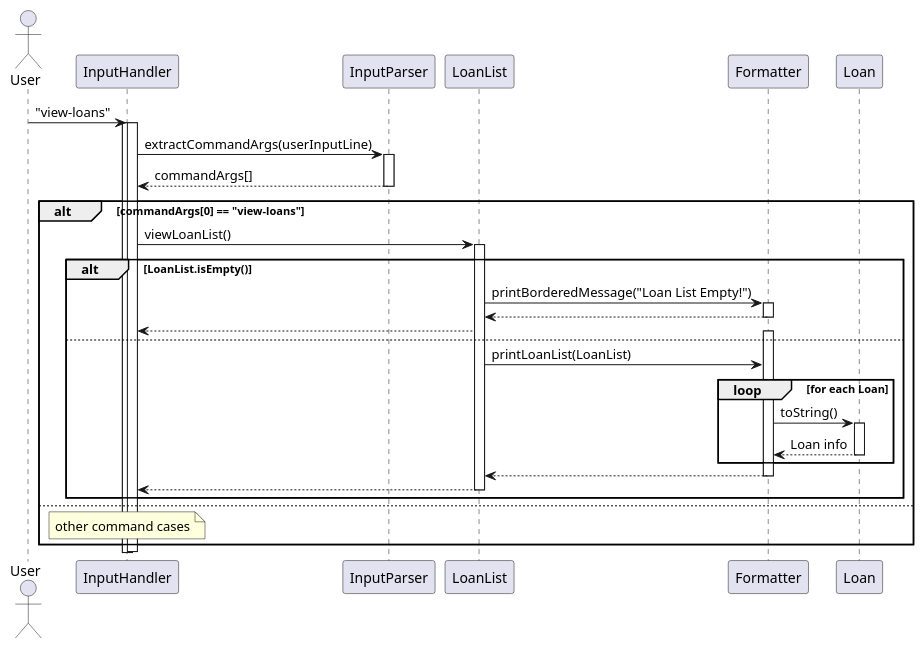
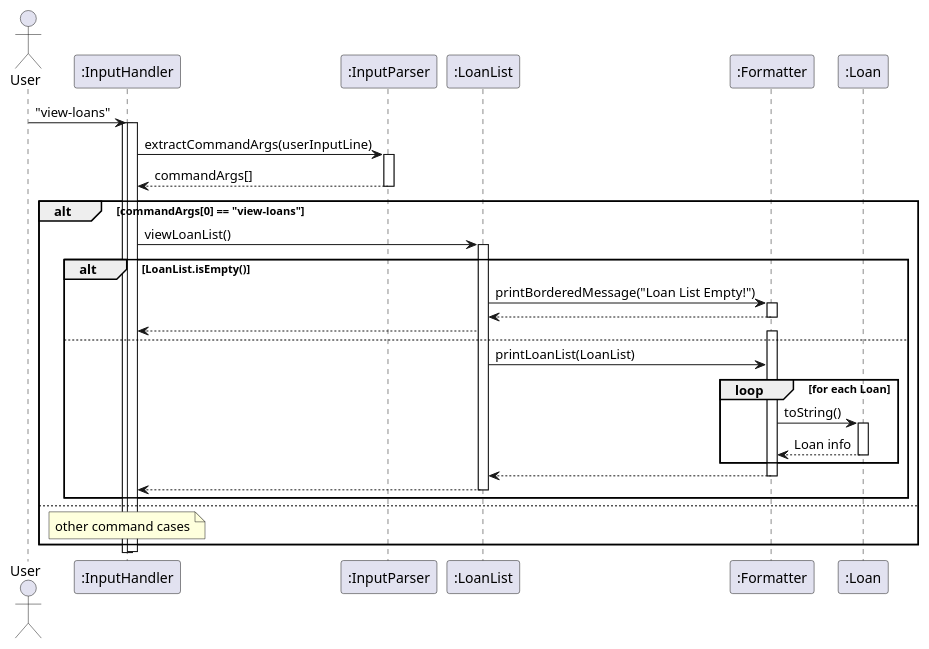
The diagram in docs/diagrams/viewLoans.puml (AY2425S2-CS2113-T12-2/tp), drawn with PlantUML before and after one commit. The commit also changed 19 other files, not shown here.

```diff
--- a/docs/diagrams/viewLoans.puml
+++ b/docs/diagrams/viewLoans.puml
@@ -1,47 +1,47 @@
 @startuml
 actor User
-participant InputHandler
-participant InputParser
-participant LoanList
-participant Formatter
-participant Loan
+participant InputHandler as ":InputHandler"
+participant InputParser as ":InputParser"
+participant LoanList as ":LoanList"
+participant Formatter as ":Formatter"
+participant Loan as ":Loan"
 
 
 User -> InputHandler: "view-loans"
 activate InputHandler
     activate InputHandler
     InputHandler -> InputParser: extractCommandArgs(userInputLine)
     activate InputParser
     InputParser --> InputHandler: commandArgs[]
     deactivate InputParser
     alt commandArgs[0] == "view-loans"
         InputHandler -> LoanList: viewLoanList()
         activate LoanList
         alt LoanList.isEmpty() 
             LoanList -> Formatter : printBorderedMessage("Loan List Empty!")
             activate Formatter
             Formatter --> LoanList
             deactivate Formatter
             LoanList --> InputHandler
         else
             activate Formatter
             LoanList -> Formatter: printLoanList(LoanList)
                 loop for each Loan
                     Formatter -> Loan: toString()
                     activate Loan
                     Loan --> Formatter: Loan info
                     deactivate Loan
                 end
             Formatter --> LoanList
             deactivate Formatter
         LoanList --> InputHandler
         deactivate LoanList
         end
     else
     note over InputHandler
     other command cases
     end note
 end
 deactivate InputHandler
 
 @enduml
```
